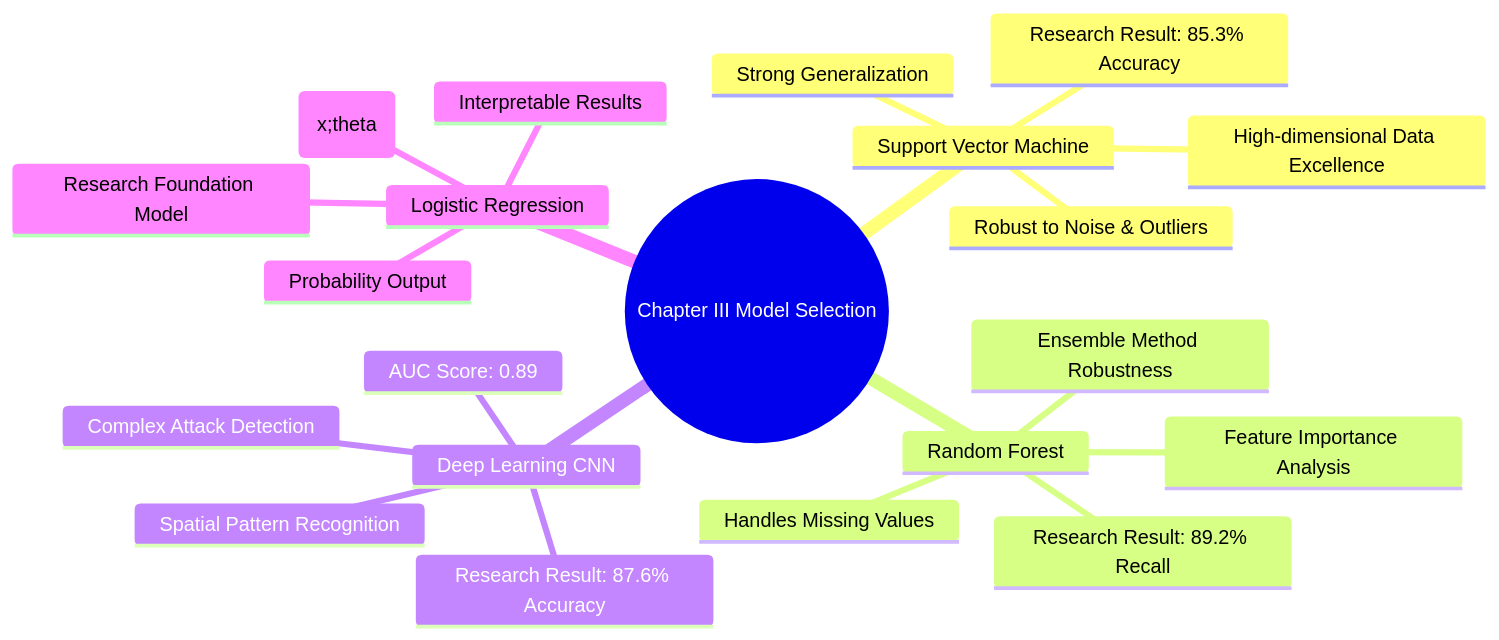
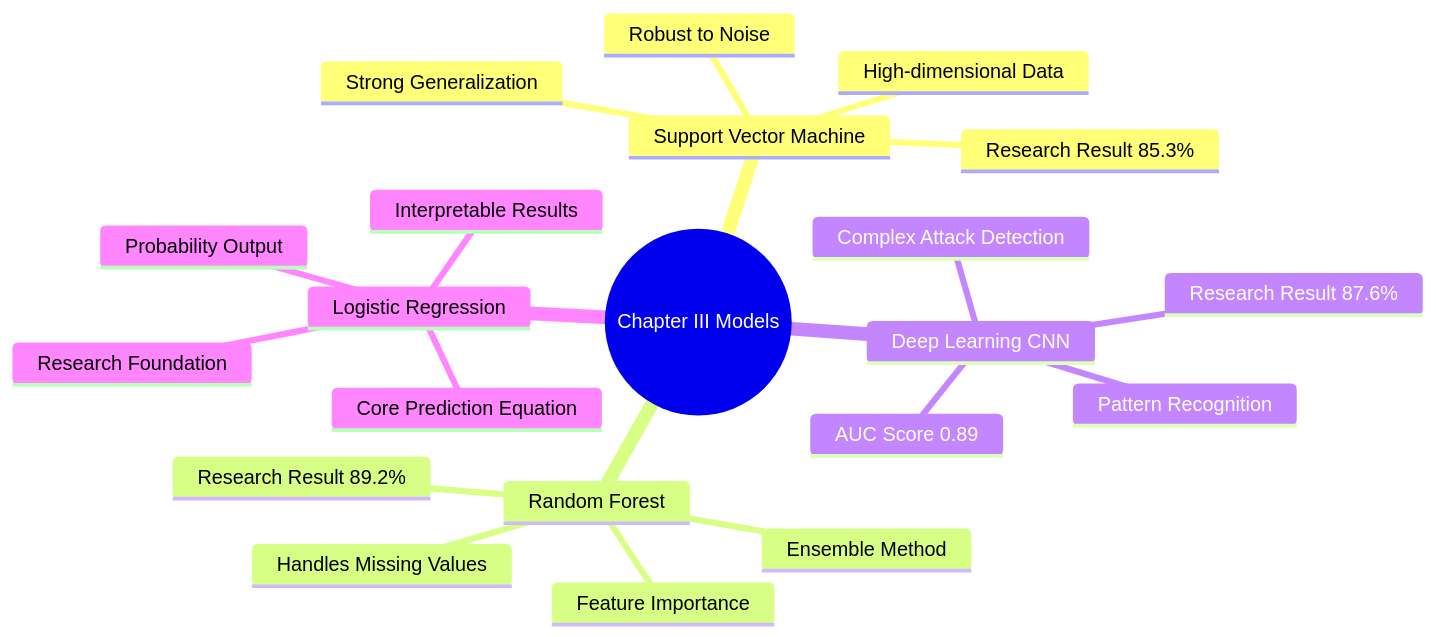
One commit to nes10r/BigDataProject changed the second of 7 diagrams in MODEL_ANALYSIS.md. Above: the diagram before and after it, drawn with Mermaid. The commit also changed other lines of this file and 1 other file, not shown here.

Commit message:
fix: Simplify Mermaid diagram text to resolve GitHub parsing issues - Remove complex symbols and punctuation for better compatibility

````diff
--- a/MODEL_ANALYSIS.md
+++ b/MODEL_ANALYSIS.md
@@ -202,24 +202,24 @@
 ```mermaid
 mindmap
-  root((Chapter III Model Selection))
+  root((Chapter III Models))
     Support Vector Machine
-      High-dimensional Data Excellence
-      Robust to Noise & Outliers
+      High-dimensional Data
+      Robust to Noise
       Strong Generalization
-      Research Result: 85.3% Accuracy
+      Research Result 85.3%
     Random Forest
-      Feature Importance Analysis
+      Feature Importance
       Handles Missing Values
-      Ensemble Method Robustness
-      Research Result: 89.2% Recall
+      Ensemble Method
+      Research Result 89.2%
     Deep Learning CNN
-      Spatial Pattern Recognition
+      Pattern Recognition
       Complex Attack Detection
-      Research Result: 87.6% Accuracy
-      AUC Score: 0.89
+      Research Result 87.6%
+      AUC Score 0.89
     Logistic Regression
-      Core Prediction Equation y=f(x;theta)
+      Core Prediction Equation
       Probability Output
       Interpretable Results
-      Research Foundation Model
+      Research Foundation
 ```
````
